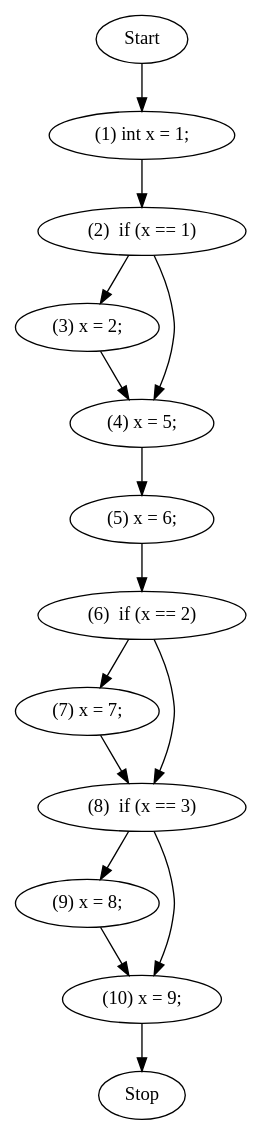
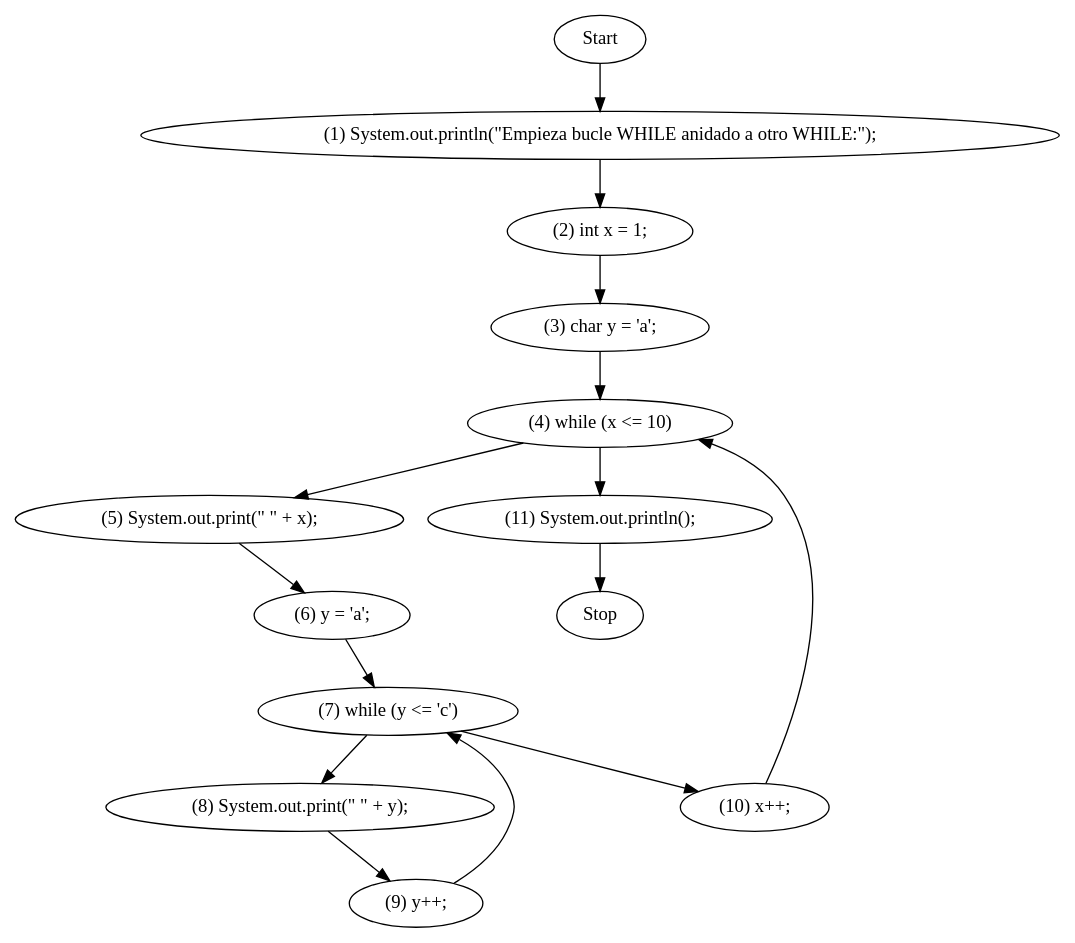
Before and after one commit to darshok/ltd_project_2: the diagram in dotsource.dot, drawn with Graphviz. The commit also changed 4 other files, not shown here.

```diff
--- a/dotsource.dot
+++ b/dotsource.dot
@@ -1,2 +1,2 @@
 digraph G {
-Start->"(1) int x = 1;";"(1) int x = 1;"->"(2)  if (x == 1)";"(2)  if (x == 1)"->"(3) x = 2;";"(3) x = 2;"->"(4) x = 5;";"(2)  if (x == 1)"->"(4) x = 5;";"(4) x = 5;"->"(5) x = 6;";"(5) x = 6;"->"(6)  if (x == 2)";"(6)  if (x == 2)"->"(7) x = 7;";"(6)  if (x == 2)"->"(8)  if (x == 3)";"(7) x = 7;"->"(8)  if (x == 3)";"(8)  if (x == 3)"->"(9) x = 8;";"(9) x = 8;"->"(10) x = 9;";"(8)  if (x == 3)"->"(10) x = 9;";"(10) x = 9;"-> Stop;}
+Start->"(1) System.out.println(\"Empieza bucle WHILE anidado a otro WHILE:\");";"(1) System.out.println(\"Empieza bucle WHILE anidado a otro WHILE:\");"->"(2) int x = 1;";"(2) int x = 1;"->"(3) char y = 'a';";"(3) char y = 'a';"->"(4) while (x <= 10)";"(4) while (x <= 10)"->"(5) System.out.print(\" \" + x);";"(5) System.out.print(\" \" + x);"->"(6) y = 'a';";"(6) y = 'a';"->"(7) while (y <= 'c')";"(7) while (y <= 'c')"->"(8) System.out.print(\" \" + y);";"(8) System.out.print(\" \" + y);"->"(9) y++;";"(9) y++;"->"(7) while (y <= 'c')";"(7) while (y <= 'c')"->"(10) x++;";"(10) x++;"->"(4) while (x <= 10)";"(4) while (x <= 10)"->"(11) System.out.println();";"(11) System.out.println();"-> Stop;}
```
